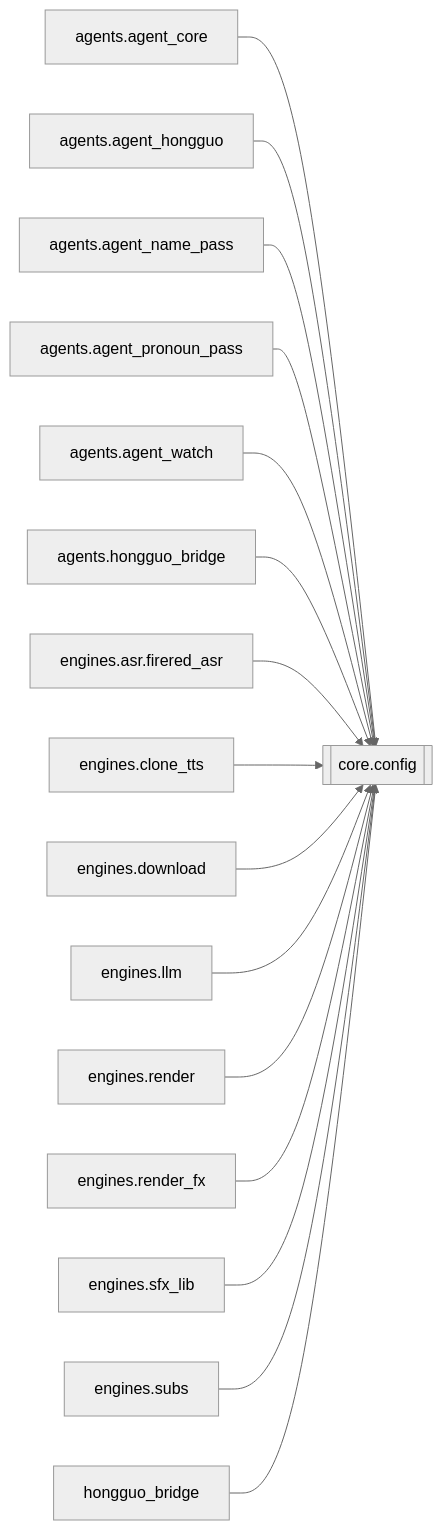
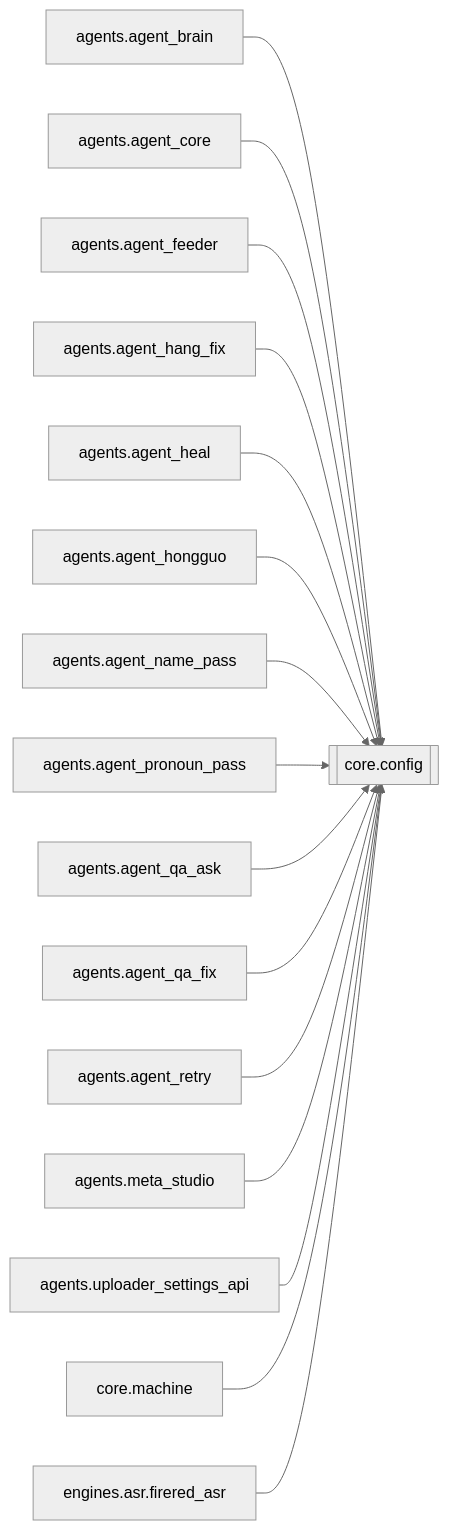
Before and after one commit to kjza178/PinelineV5: the diagram in docs/brain/modules/core.config.md, drawn with Mermaid (neutral theme). The commit also changed other lines of this file and 227 other files, not shown here.

````diff
--- a/docs/brain/modules/core.config.md
+++ b/docs/brain/modules/core.config.md
@@ -17,19 +17,19 @@
 ```mermaid
 flowchart LR
   core_config[[core.config]]
+  agents_agent_brain[agents.agent_brain] --> core_config
   agents_agent_core[agents.agent_core] --> core_config
+  agents_agent_feeder[agents.agent_feeder] --> core_config
+  agents_agent_hang_fix[agents.agent_hang_fix] --> core_config
+  agents_agent_heal[agents.agent_heal] --> core_config
   agents_agent_hongguo[agents.agent_hongguo] --> core_config
   agents_agent_name_pass[agents.agent_name_pass] --> core_config
   agents_agent_pronoun_pass[agents.agent_pronoun_pass] --> core_config
-  agents_agent_watch[agents.agent_watch] --> core_config
-  agents_hongguo_bridge[agents.hongguo_bridge] --> core_config
+  agents_agent_qa_ask[agents.agent_qa_ask] --> core_config
+  agents_agent_qa_fix[agents.agent_qa_fix] --> core_config
+  agents_agent_retry[agents.agent_retry] --> core_config
+  agents_meta_studio[agents.meta_studio] --> core_config
+  agents_uploader_settings_api[agents.uploader_settings_api] --> core_config
+  core_machine[core.machine] --> core_config
   engines_asr_firered_asr[engines.asr.firered_asr] --> core_config
-  engines_clone_tts[engines.clone_tts] --> core_config
-  engines_download[engines.download] --> core_config
-  engines_llm[engines.llm] --> core_config
-  engines_render[engines.render] --> core_config
-  engines_render_fx[engines.render_fx] --> core_config
-  engines_sfx_lib[engines.sfx_lib] --> core_config
-  engines_subs[engines.subs] --> core_config
-  hongguo_bridge[hongguo_bridge] --> core_config
 ```
````
